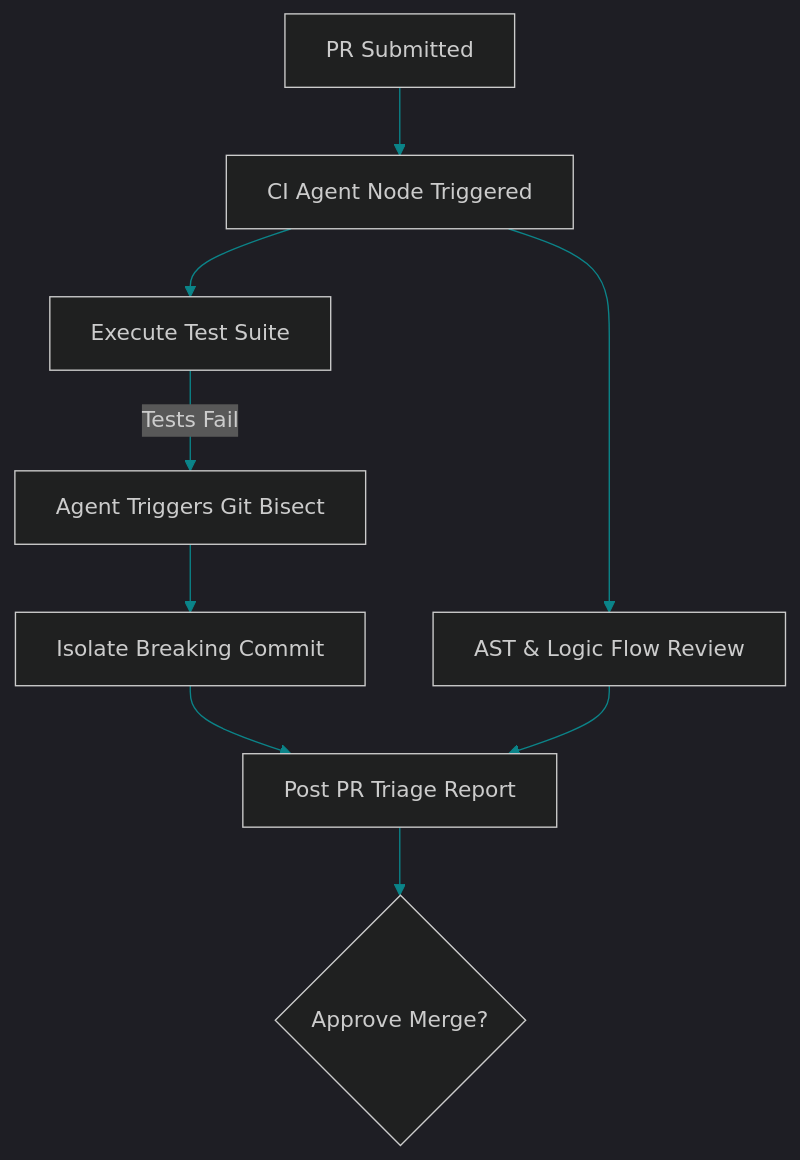
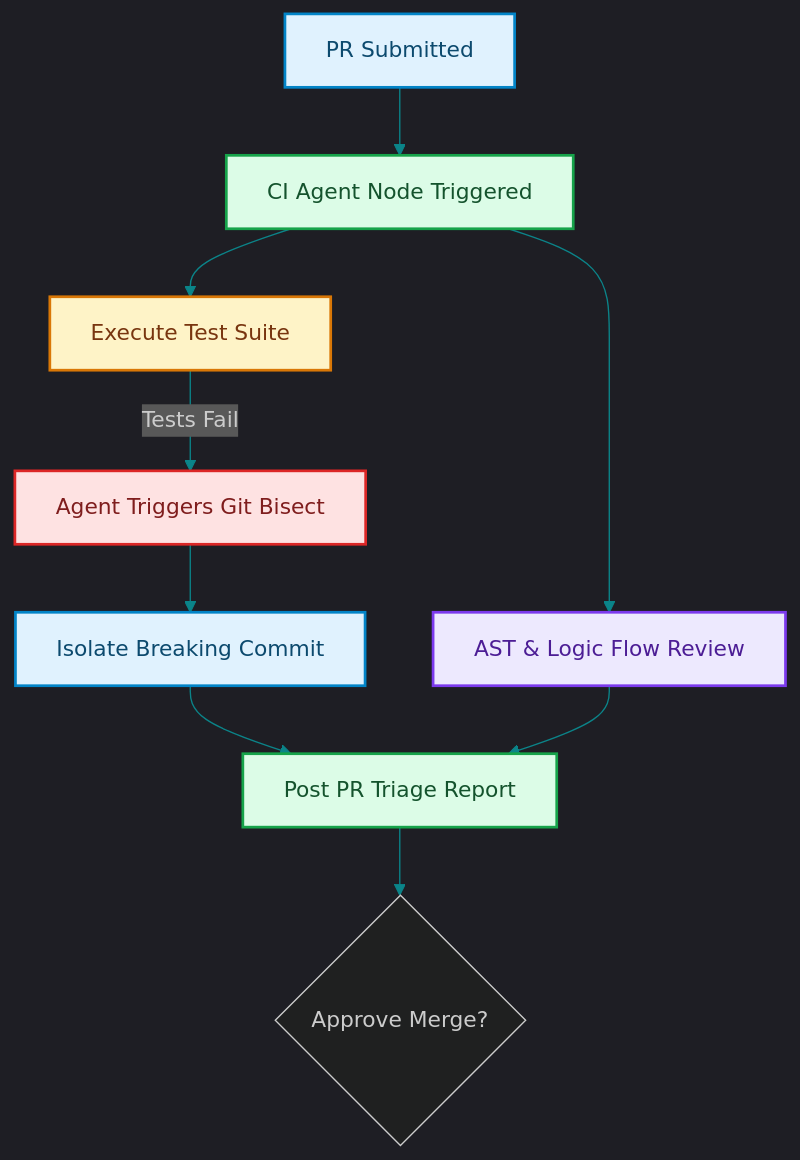
Before and after one commit to akmalkhaniub/akmalkhaniub.github.io: the diagram in blog/posts/agentic-sdlc-outer-loop-ci-cd-regression-diagnosis.md, drawn with Mermaid. The commit also changed other lines of this file and 1291 other files, not shown here.

First line of the commit message:
feat(catalog): unique covers, scholarly references, and diagram palettes

````diff
--- a/blog/posts/agentic-sdlc-outer-loop-ci-cd-regression-diagnosis.md
+++ b/blog/posts/agentic-sdlc-outer-loop-ci-cd-regression-diagnosis.md
@@ -17,12 +17,23 @@
 ```mermaid
 %%{init: {'theme': 'dark', 'themeVariables': { 'primaryColor': '#0b8489', 'primaryTextColor': '#f3f4f6', 'primaryBorderColor': '#14b8a6', 'lineColor': '#0b8489', 'secondaryColor': '#111827', 'tertiaryColor': '#0b0f19'}}}%%
 flowchart TD
-    PR[PR Submitted] --> Trigger[CI Agent Node Triggered]
-    Trigger --> Review[AST & Logic Flow Review]
-    Trigger --> RunTests[Execute Test Suite]
-    RunTests -->|Tests Fail| Bisect[Agent Triggers Git Bisect]
-    Bisect --> FindCommit[Isolate Breaking Commit]
-    FindCommit --> Comment[Post PR Triage Report]
+    PR["PR Submitted"] --> Trigger["CI Agent Node Triggered"]
+    Trigger --> Review["AST & Logic Flow Review"]
+    Trigger --> RunTests["Execute Test Suite"]
+    RunTests -->|Tests Fail| Bisect["Agent Triggers Git Bisect"]
+    Bisect --> FindCommit["Isolate Breaking Commit"]
+    FindCommit --> Comment["Post PR Triage Report"]
     Review --> Comment
     Comment --> Merge{Approve Merge?}
+
+classDef green fill:#dcfce7,stroke:#16a34a,stroke-width:2px,color:#14532d;
+classDef red fill:#fee2e2,stroke:#dc2626,stroke-width:2px,color:#7f1d1d;
+classDef blue fill:#e0f2fe,stroke:#0284c7,stroke-width:2px,color:#0c4a6e;
+classDef yellow fill:#fef3c7,stroke:#d97706,stroke-width:2px,color:#78350f;
+classDef purple fill:#ede9fe,stroke:#7c3aed,stroke-width:2px,color:#4c1d95;
+class PR,FindCommit blue
+class Trigger,Comment green
+class Review purple
+class RunTests yellow
+class Bisect red
 ```
````
